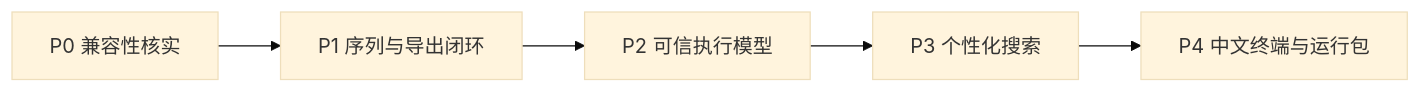
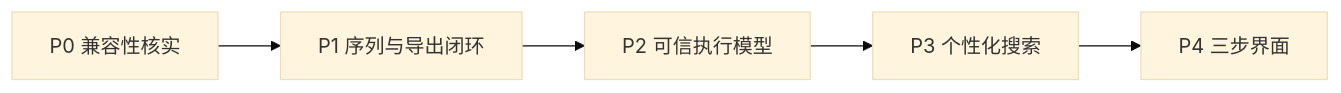
Before and after one commit to liuli195/Wow-Addons: the diagram in myspec/changes/sim2gse-wayfinder/spec.md, drawn with Mermaid (base theme). The commit also changed other lines of this file and 3 other files, not shown here.

````diff
--- a/myspec/changes/sim2gse-wayfinder/spec.md
+++ b/myspec/changes/sim2gse-wayfinder/spec.md
@@ -32,7 +32,7 @@
 ```mermaid
 flowchart LR
     P0["P0 兼容性核实"] --> P1["P1 序列与导出闭环"]
     P1 --> P2["P2 可信执行模型"]
     P2 --> P3["P3 个性化搜索"]
-    P3 --> P4["P4 中文终端与运行包"]
+    P3 --> P4["P4 三步界面"]
 ```
````
